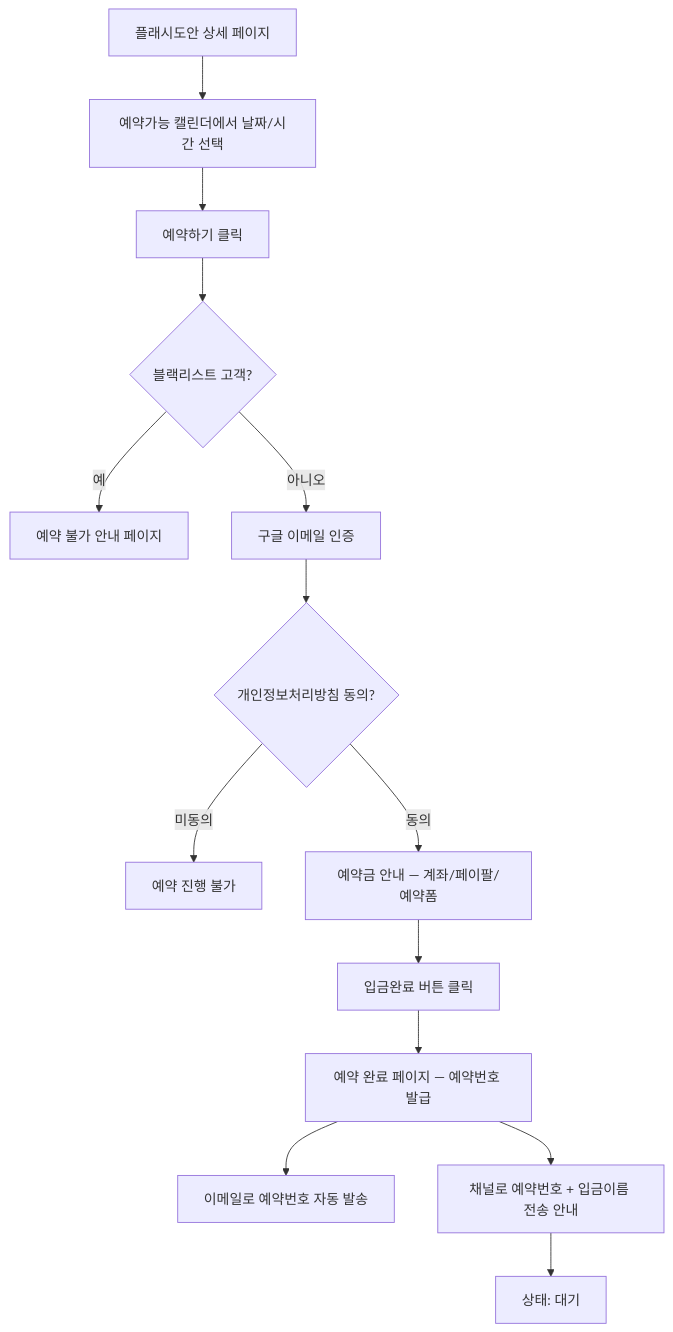
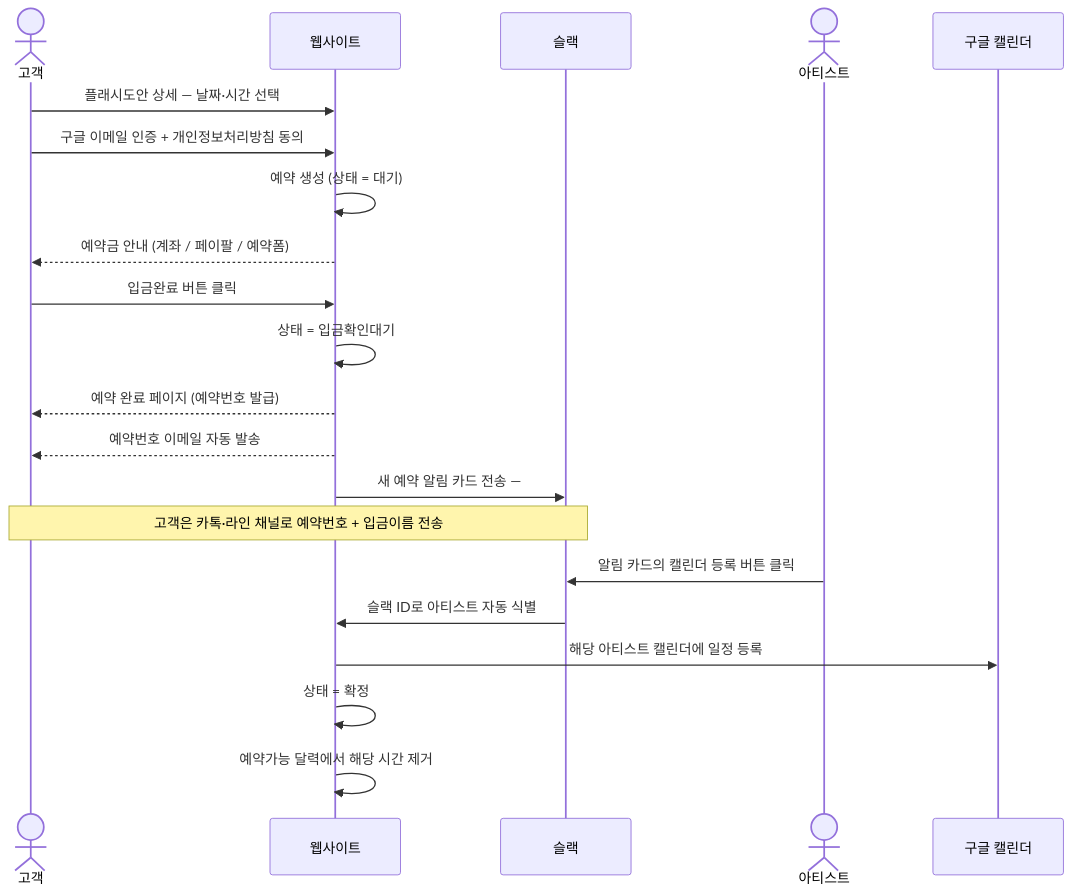
The fifth of 8 diagrams in README.md (leeyonghee030/tattoo_project), drawn with Mermaid before and after one commit. The commit also changed other lines of this file, not shown here.

First line of the commit message:
DOCS(readme): 워크플로우 다이어그램 단순화 및 핵심 시나리오 추가 - 2026-05-20

````diff
--- a/README.md
+++ b/README.md
@@ -225,16 +154,24 @@
 ```mermaid
-flowchart TD
-    A[플래시도안 상세 페이지] --> B[예약가능 캘린더에서 날짜/시간 선택]
-    B --> C[예약하기 클릭]
-    C --> D{블랙리스트 고객?}
-    D -->|예| E[예약 불가 안내 페이지]
-    D -->|아니오| F[구글 이메일 인증]
-    F --> G{개인정보처리방침 동의?}
-    G -->|미동의| H[예약 진행 불가]
-    G -->|동의| I[예약금 안내 — 계좌/페이팔/예약폼]
-    I --> J[입금완료 버튼 클릭]
-    J --> K[예약 완료 페이지 — 예약번호 발급]
-    K --> L[이메일로 예약번호 자동 발송]
-    K --> N[채널로 예약번호 + 입금이름 전송 안내]
-    N --> O[상태: 대기]
+sequenceDiagram
+    actor C as 고객
+    participant W as 웹사이트
+    participant S as 슬랙
+    actor A as 아티스트
+    participant G as 구글 캘린더
+
+    C->>W: 플래시도안 상세 — 날짜·시간 선택
+    C->>W: 구글 이메일 인증 + 개인정보처리방침 동의
+    W->>W: 예약 생성 (상태 = 대기)
+    W-->>C: 예약금 안내 (계좌 / 페이팔 / 예약폼)
+    C->>W: 입금완료 버튼 클릭
+    W->>W: 상태 = 입금확인대기
+    W-->>C: 예약 완료 페이지 (예약번호 발급)
+    W-->>C: 예약번호 이메일 자동 발송
+    W->>S: 새 예약 알림 카드 전송 — #예약알림
+    Note over C,S: 고객은 카톡·라인 채널로 예약번호 + 입금이름 전송
+    A->>S: 알림 카드의 캘린더 등록 버튼 클릭
+    S->>W: 슬랙 ID로 아티스트 자동 식별
+    W->>G: 해당 아티스트 캘린더에 일정 등록
+    W->>W: 상태 = 확정
+    W->>W: 예약가능 달력에서 해당 시간 제거
 ```
````
